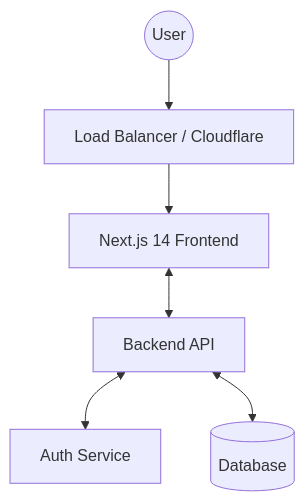
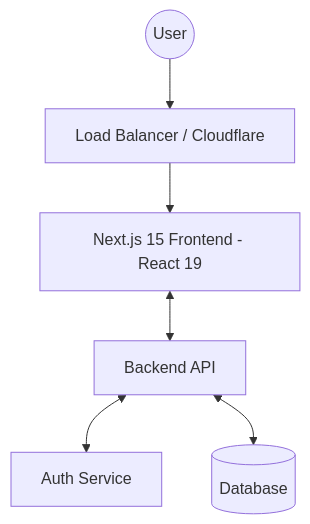
Before and after one commit to Ethnic-Village-Travel/ethnic-village-travel-fe: the diagram in docs/system-architecture.md, drawn with Mermaid. The commit also changed other lines of this file and 3 other files, not shown here.

````diff
--- a/docs/system-architecture.md
+++ b/docs/system-architecture.md
@@ -5,15 +5,15 @@
 ```mermaid
 graph TD
     User((User))
     LB[Load Balancer / Cloudflare]
-    FE[Next.js 14 Frontend]
+    FE[Next.js 15 Frontend - React 19]
     BE[Backend API]
     Auth[Auth Service]
     DB[(Database)]
 
     User --> LB
     LB --> FE
     FE <--> BE
     BE <--> Auth
     BE <--> DB
 ```
````
